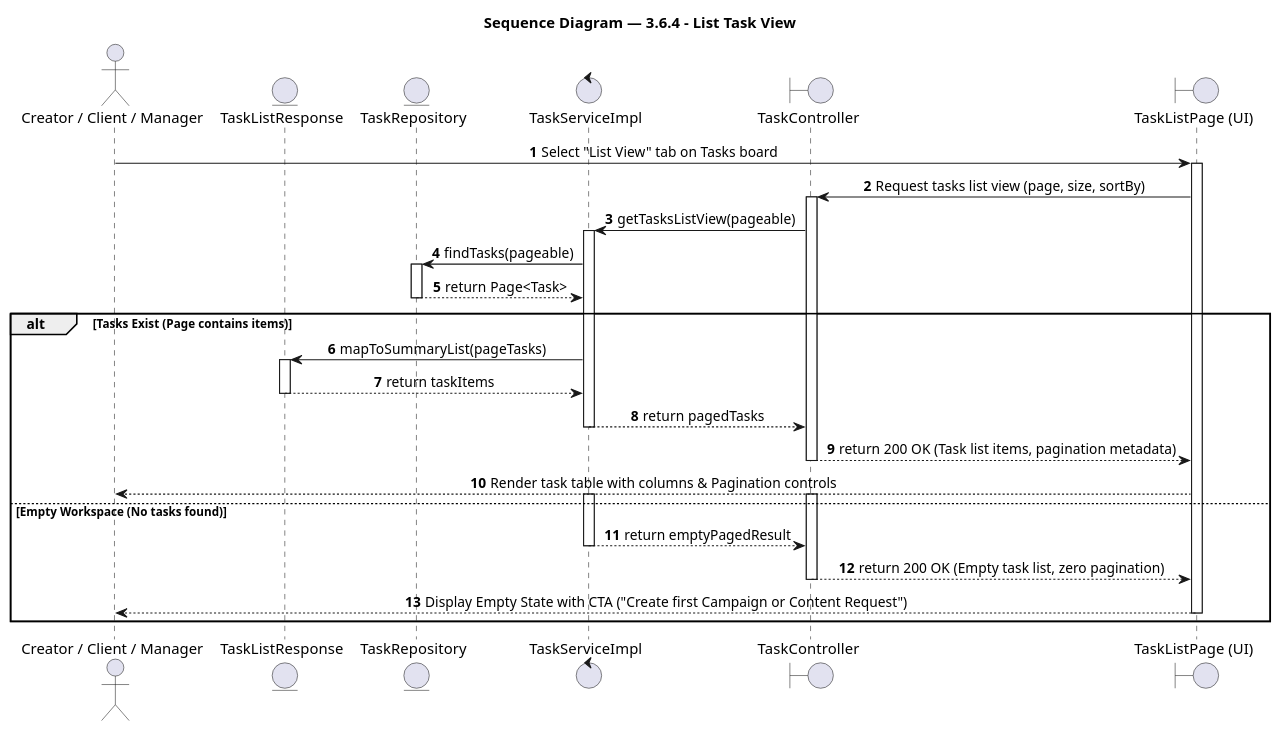
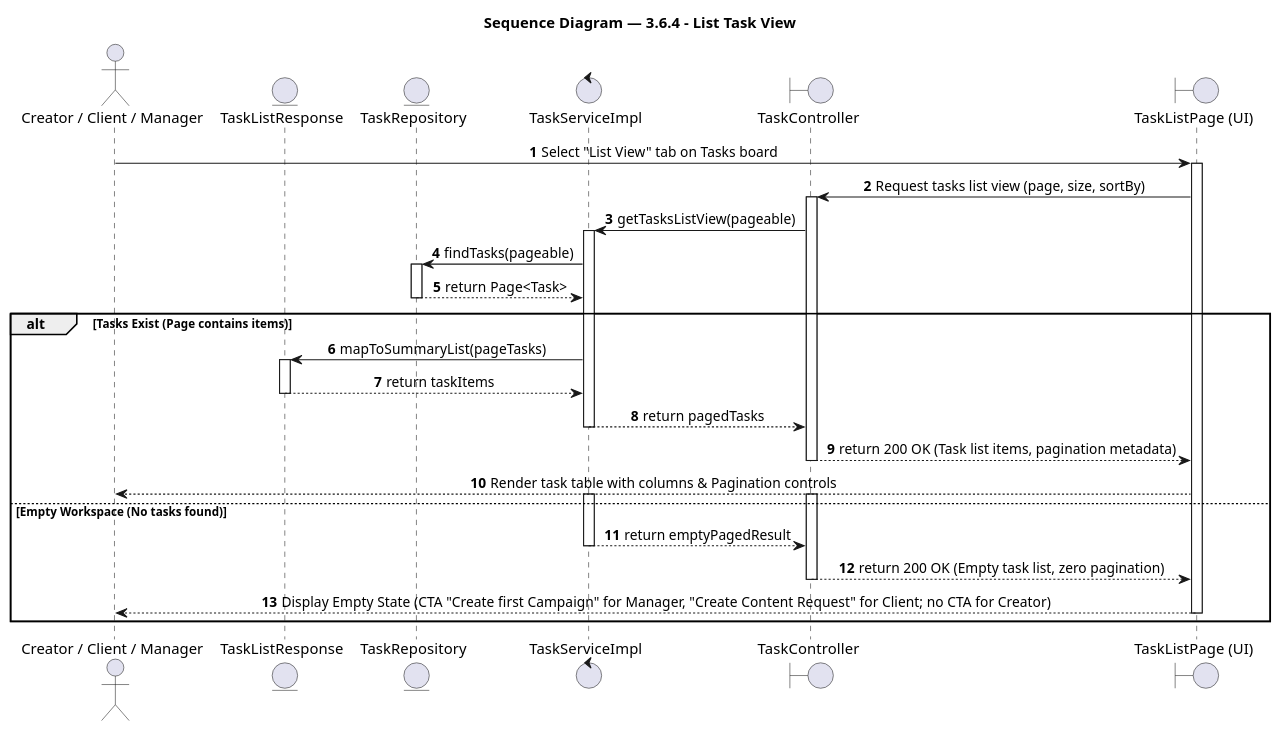
One commit to BrandHubOrganization/brandhub-infrastructure changed the diagram in docs/feature/content-task-workflow/3-6-4-list-task-view/report4_sequence.puml. Above: the diagram before and after it, drawn with PlantUML. The commit also changed 11 other files, not shown here.

Commit message:
docs(DA-1274): align role docs on Content Request access and Client profiles

```diff
--- a/docs/feature/content-task-workflow/3-6-4-list-task-view/report4_sequence.puml
+++ b/docs/feature/content-task-workflow/3-6-4-list-task-view/report4_sequence.puml
@@ -1,51 +1,51 @@
 @startuml 3.6.4 - List Task View
 title Sequence Diagram — 3.6.4 - List Task View
 
 autonumber
 skinparam shadowing false
 skinparam sequenceMessageAlign center
 skinparam BoxPadding 10
 skinparam ParticipantPadding 10
 
 ' === Participants ===
 actor "Creator / Client / Manager" as creatorclientmanager
 entity "TaskListResponse" as tasklistresponse
 entity "TaskRepository" as taskrepository
 control "TaskServiceImpl" as taskserviceimpl
 boundary "TaskController" as taskcontroller
 boundary "TaskListPage (UI)" as tasklistpageui
 
 ' === Flow ===
 creatorclientmanager -> tasklistpageui: Select "List View" tab on Tasks board
 activate tasklistpageui
 tasklistpageui -> taskcontroller: Request tasks list view (page, size, sortBy)
 activate taskcontroller
 taskcontroller -> taskserviceimpl: getTasksListView(pageable)
 activate taskserviceimpl
 taskserviceimpl -> taskrepository: findTasks(pageable)
 activate taskrepository
 taskrepository --> taskserviceimpl: return Page<Task>
 deactivate taskrepository
 
 alt Tasks Exist (Page contains items)
   taskserviceimpl -> tasklistresponse: mapToSummaryList(pageTasks)
   activate tasklistresponse
   tasklistresponse --> taskserviceimpl: return taskItems
   deactivate tasklistresponse
   taskserviceimpl --> taskcontroller: return pagedTasks
   deactivate taskserviceimpl
   taskcontroller --> tasklistpageui: return 200 OK (Task list items, pagination metadata)
   deactivate taskcontroller
   tasklistpageui --> creatorclientmanager: Render task table with columns & Pagination controls
 else Empty Workspace (No tasks found)
   activate taskserviceimpl
   activate taskcontroller
   taskserviceimpl --> taskcontroller: return emptyPagedResult
   deactivate taskserviceimpl
   taskcontroller --> tasklistpageui: return 200 OK (Empty task list, zero pagination)
   deactivate taskcontroller
-  tasklistpageui --> creatorclientmanager: Display Empty State with CTA ("Create first Campaign or Content Request")
+  tasklistpageui --> creatorclientmanager: Display Empty State (CTA "Create first Campaign" for Manager, "Create Content Request" for Client; no CTA for Creator)
   deactivate tasklistpageui
 end
 
 @enduml
```
